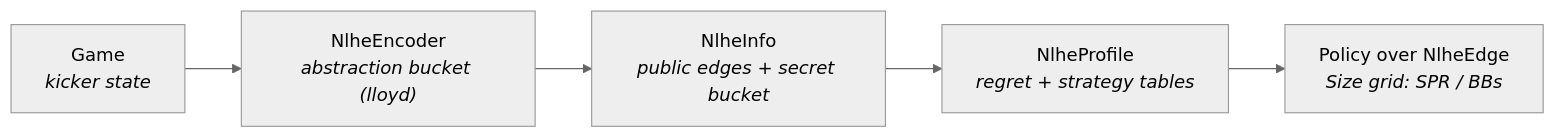
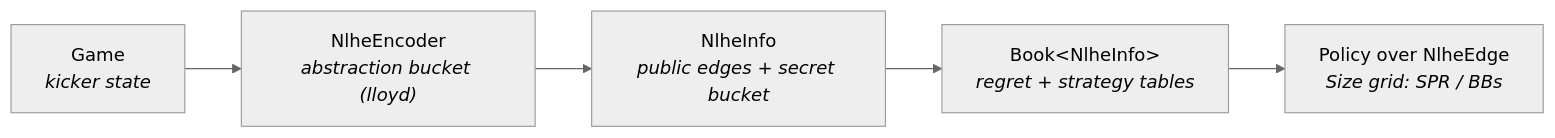
The diagram in crates/nlhe/README.md (krukah/robopoker), drawn with Mermaid (neutral theme) before and after one commit. The commit also changed other lines of this file and 831 other files, not shown here.

````diff
--- a/crates/nlhe/README.md
+++ b/crates/nlhe/README.md
@@ -7,7 +7,7 @@
 ```mermaid
 flowchart LR
   Game["Game<br/><i>kicker state</i>"] --> Enc["NlheEncoder<br/><i>abstraction bucket (lloyd)</i>"]
   Enc --> Info["NlheInfo<br/><i>public edges + secret bucket</i>"]
-  Info --> Prof["NlheProfile<br/><i>regret + strategy tables</i>"]
+  Info --> Prof["Book#lt;NlheInfo#gt;<br/><i>regret + strategy tables</i>"]
   Prof --> Pol["Policy over NlheEdge<br/><i>Size grid: SPR / BBs</i>"]
 ```
````
